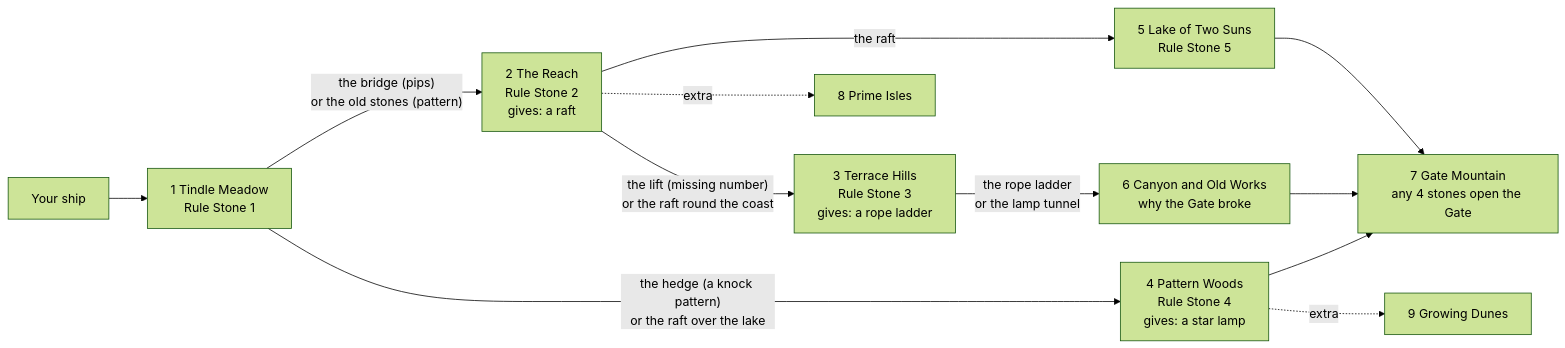
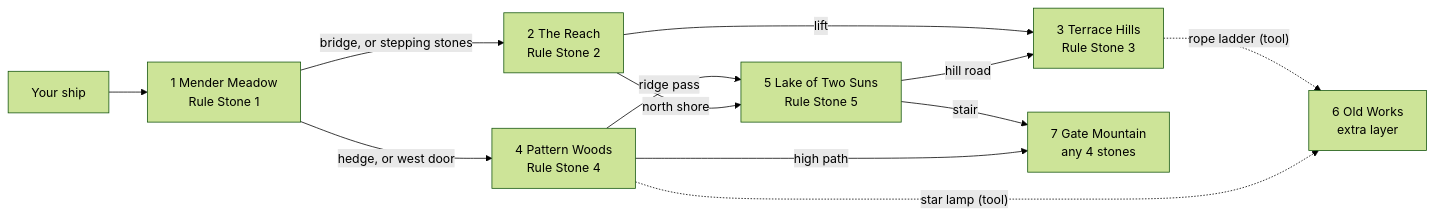
The diagram in proposals/GMQ_Big_World_Design_v1_2026-11-22.md (christopherfi-dev/galaxy_math_quest), drawn with Mermaid (forest theme) before and after one commit. The commit also changed other lines of this file and 9 other files, not shown here.

````diff
--- a/proposals/GMQ_Big_World_Design_v1_2026-11-22.md
+++ b/proposals/GMQ_Big_World_Design_v1_2026-11-22.md
@@ -92,14 +116,14 @@
 ```mermaid
 flowchart LR
-  S["Your ship"] --> M["1 Tindle Meadow<br/>Rule Stone 1"]
-  M -- "the bridge (pips)<br/>or the old stones (pattern)" --> R["2 The Reach<br/>Rule Stone 2<br/>gives: a raft"]
-  R -- "the lift (missing number)<br/>or the raft round the coast" --> H["3 Terrace Hills<br/>Rule Stone 3<br/>gives: a rope ladder"]
-  M -- "the hedge (a knock pattern)<br/>or the raft over the lake" --> W["4 Pattern Woods<br/>Rule Stone 4<br/>gives: a star lamp"]
-  R -- "the raft" --> L["5 Lake of Two Suns<br/>Rule Stone 5"]
-  H -- "the rope ladder<br/>or the lamp tunnel" --> C["6 Canyon and Old Works<br/>why the Gate broke"]
-  L --> G["7 Gate Mountain<br/>any 4 stones open the Gate"]
-  C --> G
-  W --> G
-  R -. "extra" .-> P["8 Prime Isles"]
-  W -. "extra" .-> D["9 Growing Dunes"]
+  S["Your ship"] --> M["1 Mender Meadow<br/>Rule Stone 1"]
+  M -- "bridge, or stepping stones" --> R["2 The Reach<br/>Rule Stone 2"]
+  M -- "hedge, or west door" --> W["4 Pattern Woods<br/>Rule Stone 4"]
+  W -- "ridge pass" --> L["5 Lake of Two Suns<br/>Rule Stone 5"]
+  R -- "north shore" --> L
+  R -- "lift" --> H["3 Terrace Hills<br/>Rule Stone 3"]
+  L -- "hill road" --> H
+  L -- "stair" --> G["7 Gate Mountain<br/>any 4 stones"]
+  W -- "high path" --> G
+  H -. "rope ladder (tool)" .-> C["6 Old Works<br/>extra layer"]
+  W -. "star lamp (tool)" .-> C
 ```
````
